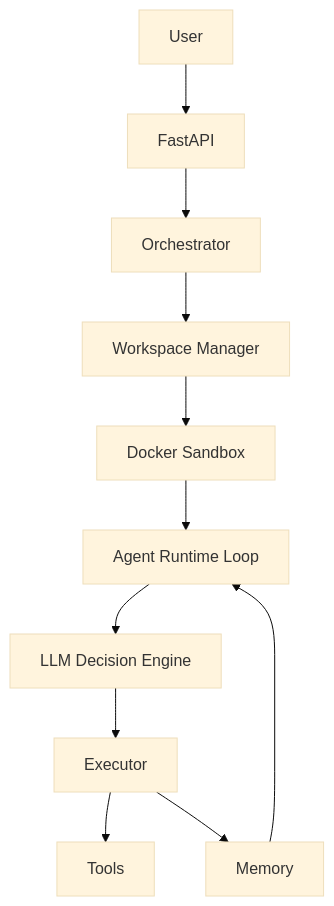
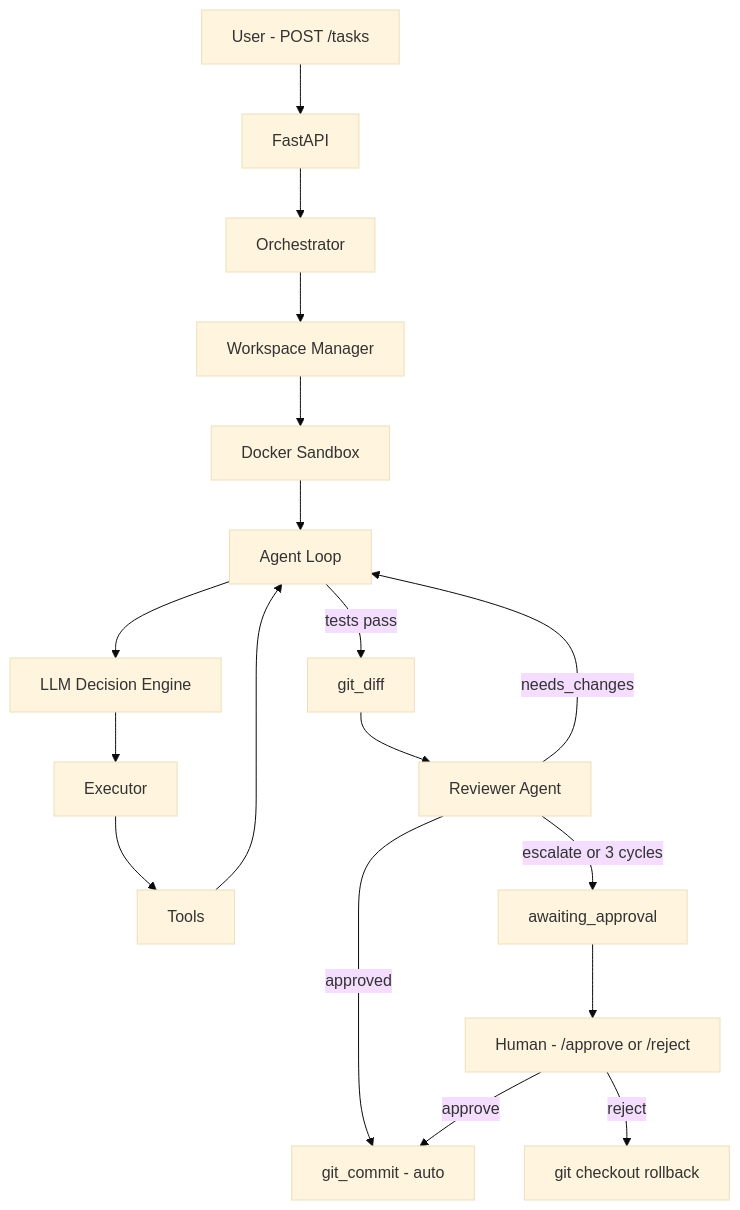
Before and after one commit to riverdoggo/Vulcan-Forge: the first of 2 diagrams in README.md, drawn with Mermaid (base theme). The commit also changed other lines of this file and 9 other files, not shown here.

Commit message:
Phase 4 complete: multi-agent reviewer loop, auto-commit on approval, escalation after 3 cycles

````diff
--- a/README.md
+++ b/README.md
@@ -25,13 +26,20 @@
 ```mermaid
 flowchart TD
-    A[User] --> B[FastAPI]
+    A[User - POST /tasks] --> B[FastAPI]
     B --> C[Orchestrator]
     C --> D[Workspace Manager]
     D --> E[Docker Sandbox]
-    E --> F[Agent Runtime Loop]
+    E --> F[Agent Loop]
     F --> G[LLM Decision Engine]
     G --> H[Executor]
     H --> I[Tools]
-    H --> J[Memory]
-    J --> F
+    I --> F
+    F -->|tests pass| J[git_diff]
+    J --> K[Reviewer Agent]
+    K -->|approved| L[git_commit - auto]
+    K -->|needs_changes| F
+    K -->|escalate or 3 cycles| M[awaiting_approval]
+    M --> N[Human - /approve or /reject]
+    N -->|approve| L
+    N -->|reject| O[git checkout rollback]
 ```
````
